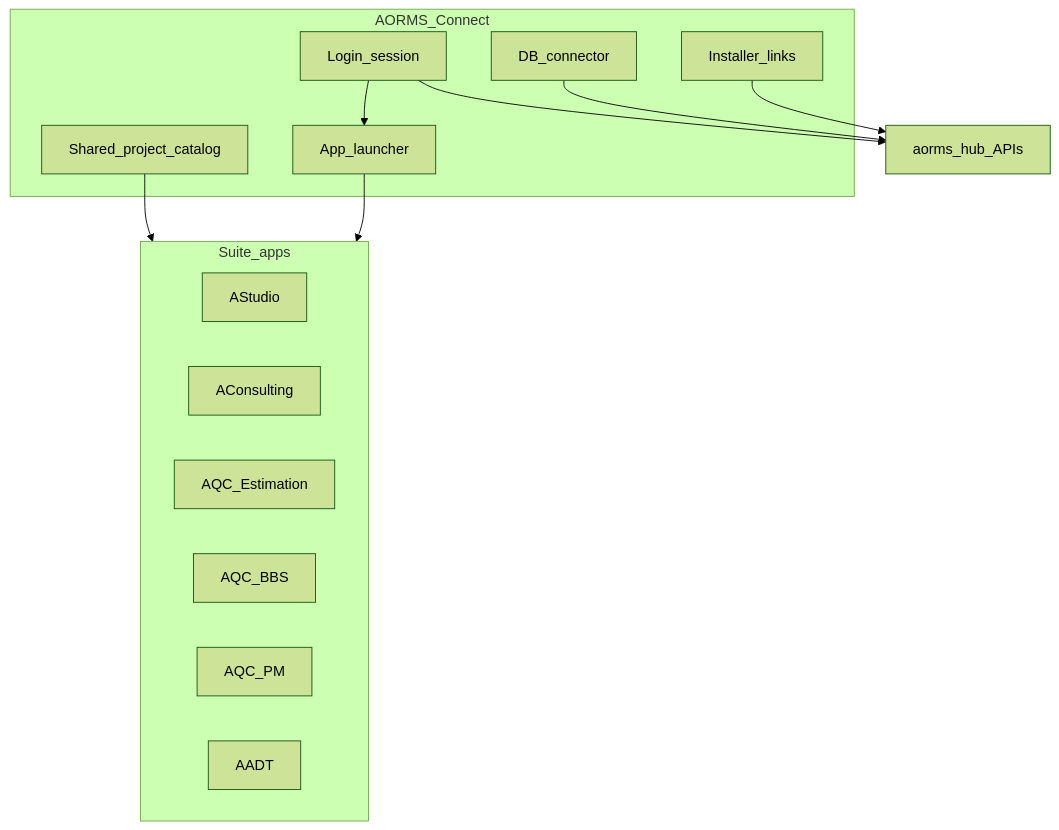
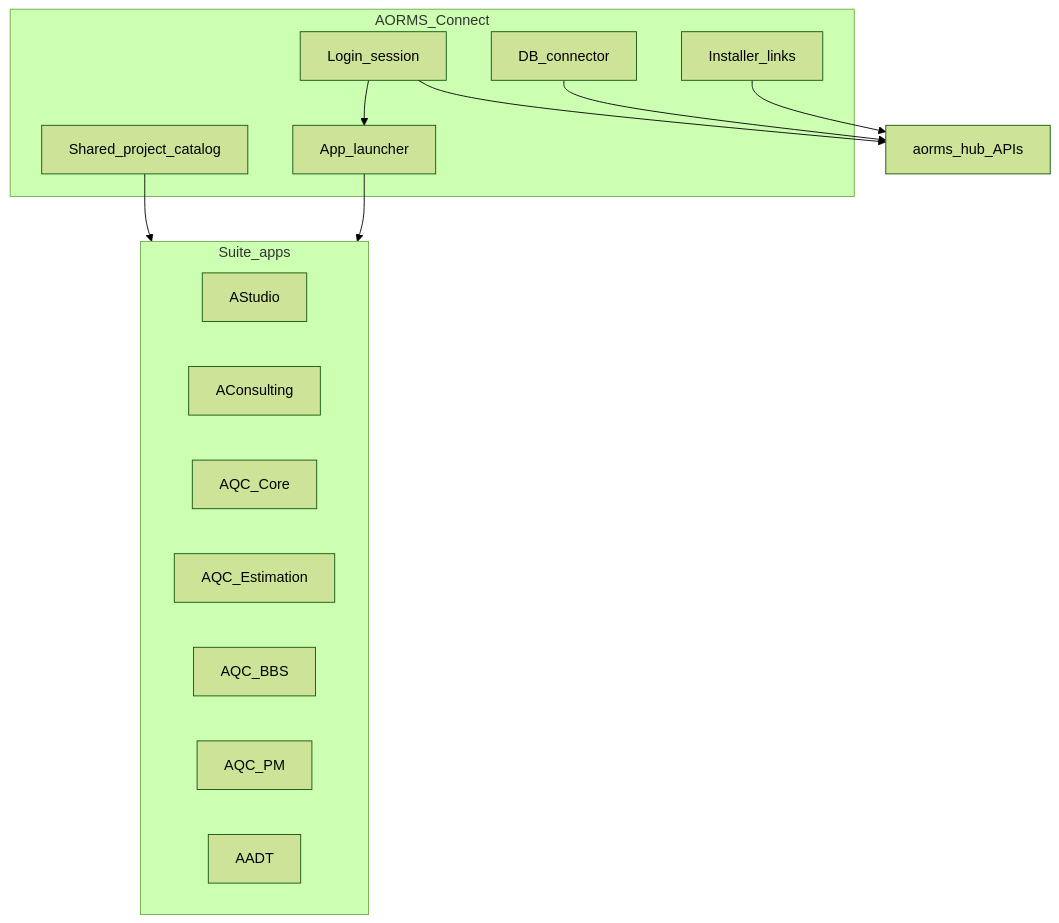
Before and after one commit to HolagundiWorks/aorms: the diagram in docs/esti/AORMS-CONNECT.md, drawn with Mermaid (forest theme). The commit also changed other lines of this file and 1 other file, not shown here.

````diff
--- a/docs/esti/AORMS-CONNECT.md
+++ b/docs/esti/AORMS-CONNECT.md
@@ -20,25 +23,26 @@
 ```mermaid
 flowchart TB
   subgraph connect [AORMS_Connect]
     Login[Login_session]
     Launch[App_launcher]
     Catalog[Shared_project_catalog]
     DbConn[DB_connector]
     Install[Installer_links]
   end
   subgraph apps [Suite_apps]
     AS[AStudio]
     AC[AConsulting]
+    CORE[AQC_Core]
     EST[AQC_Estimation]
     BBS[AQC_BBS]
     PM[AQC_PM]
     AAD[AADT]
   end
   Hub[aorms_hub_APIs]
   Login --> Hub
   DbConn --> Hub
   Login --> Launch
   Catalog --> apps
   Launch --> apps
   Install --> Hub
 ```
````
